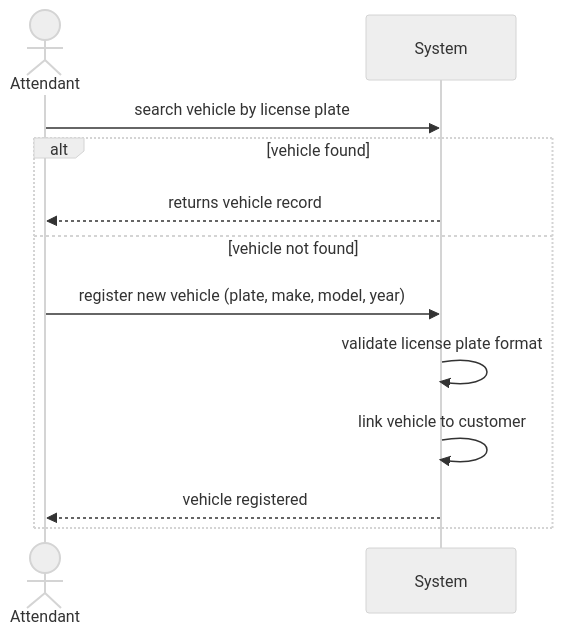
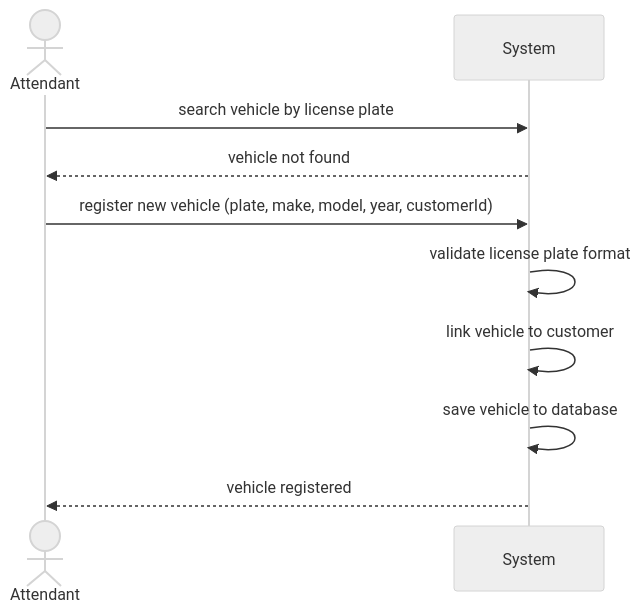
The fourth of 16 diagrams in docs/domain/domain-storytelling.md (rnataoliveira/mechanics-software), drawn with Mermaid (neutral theme) before and after one commit. The commit also changed other lines of this file, not shown here.

````diff
--- a/docs/domain/domain-storytelling.md
+++ b/docs/domain/domain-storytelling.md
@@ -69,15 +126,13 @@
 ```mermaid
 sequenceDiagram
     actor Attendant
     participant System
 
     Attendant->>System: search vehicle by license plate
-    alt vehicle found
-        System-->>Attendant: returns vehicle record
-    else vehicle not found
-        Attendant->>System: register new vehicle (plate, make, model, year)
-        System->>System: validate license plate format
-        System->>System: link vehicle to customer
-        System-->>Attendant: vehicle registered
-    end
+    System-->>Attendant: vehicle not found
+    Attendant->>System: register new vehicle (plate, make, model, year, customerId)
+    System->>System: validate license plate format
+    System->>System: link vehicle to customer
+    System->>System: save vehicle to database
+    System-->>Attendant: vehicle registered
 ```
````
